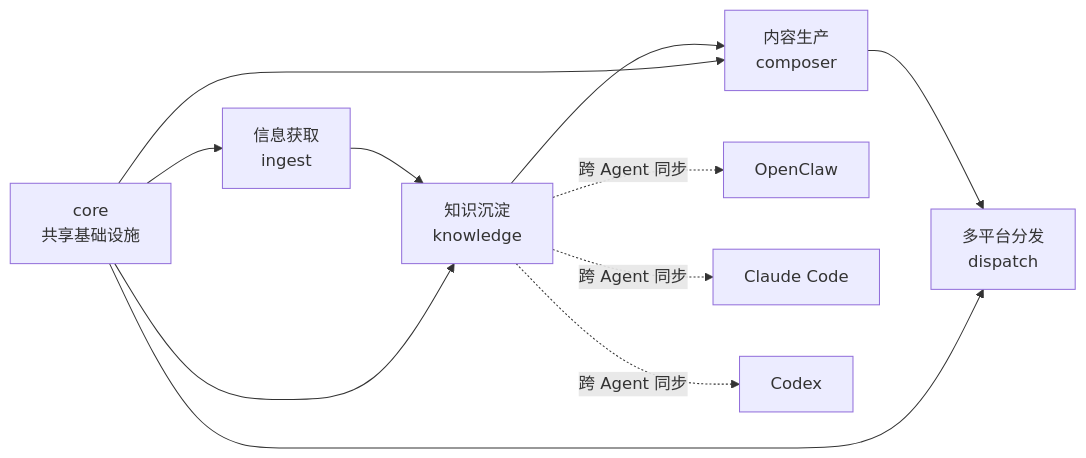
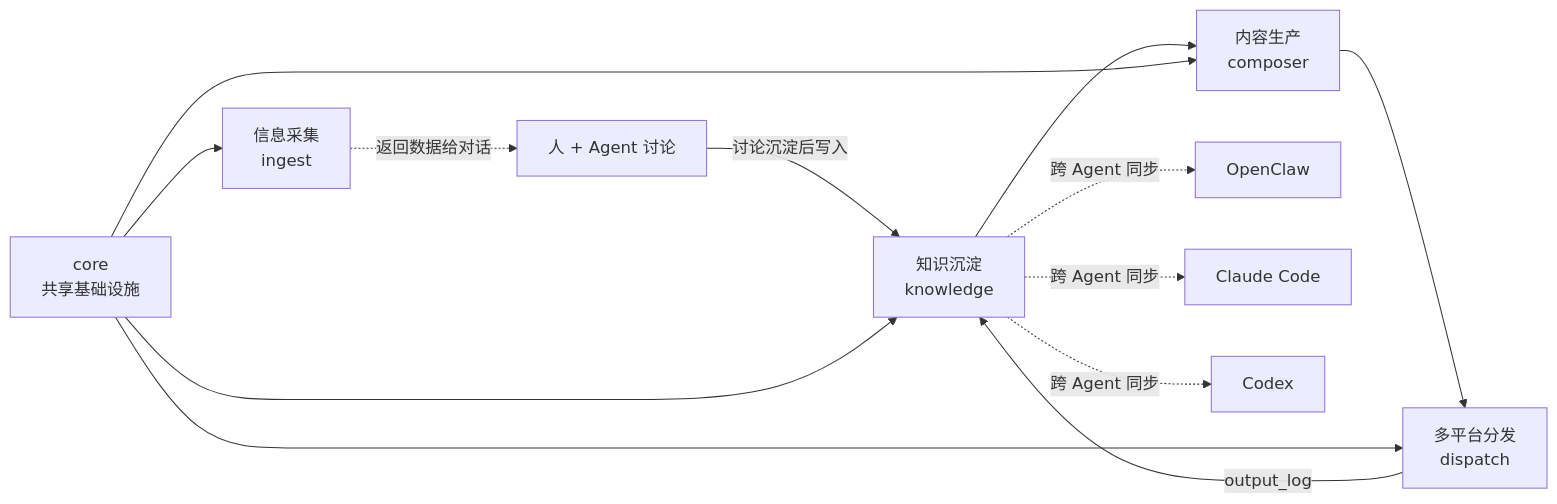
The first of 6 diagrams in docs/architecture.md (xinovate/linglong-knowledge), drawn with Mermaid before and after one commit. The commit also changed other lines of this file and 20 other files, not shown here.

````diff
--- a/docs/architecture.md
+++ b/docs/architecture.md
@@ -50,15 +55,17 @@
 ```mermaid
 graph LR
-    A[信息获取<br/>ingest] --> B[知识沉淀<br/>knowledge]
-    B --> C[内容生产<br/>composer]
-    C --> D[多平台分发<br/>dispatch]
+    A[信息采集<br/>ingest] -.->|返回数据给对话| B[人 + Agent 讨论]
+    B -->|讨论沉淀后写入| C[知识沉淀<br/>knowledge]
+    C --> D[内容生产<br/>composer]
+    D --> E[多平台分发<br/>dispatch]
+    E -->|output_log| C
 
-    B -.->|跨 Agent 同步| E[OpenClaw]
-    B -.->|跨 Agent 同步| F[Claude Code]
-    B -.->|跨 Agent 同步| G[Codex]
+    C -.->|跨 Agent 同步| F[OpenClaw]
+    C -.->|跨 Agent 同步| G[Claude Code]
+    C -.->|跨 Agent 同步| H[Codex]
 
-    H[core<br/>共享基础设施] --> A
-    H --> B
-    H --> C
-    H --> D
+    I[core<br/>共享基础设施] --> A
+    I --> C
+    I --> D
+    I --> E
 ```
````
